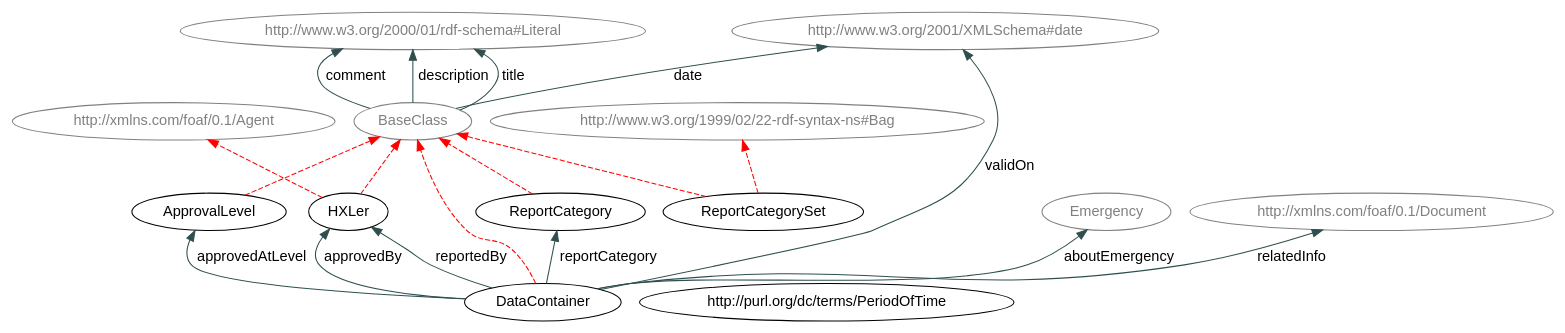
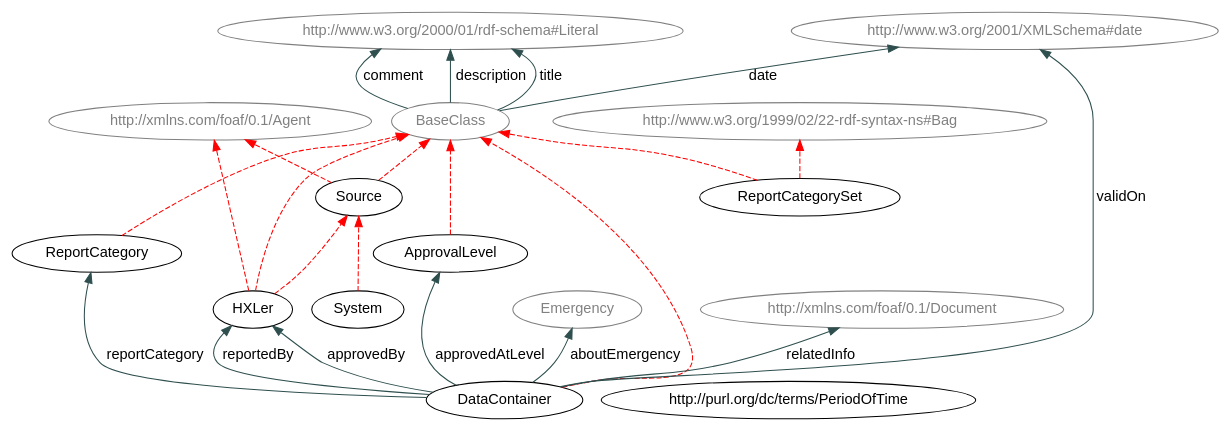
The diagram in Tools/metadataSection.dot (hxl-team/HXL-Vocab), drawn with Graphviz before and after one commit. The commit also changed 25 other files, not shown here.

Commit message:
Classes hxl:Source and hxl:System added

```diff
--- a/Tools/metadataSection.dot
+++ b/Tools/metadataSection.dot
@@ -1,51 +1,59 @@
 digraph { 
  rankdir="BT";	
  charset="utf-8";
  overlap=false;
  edge [color=darkslategray];
  edge [fontname=Helvetica];
  node [fontname=Helvetica];
 
 "ApprovalLevel" [ URL = "./#ApprovalLevel"] ;
 		"BaseClass" [ URL = "./#ApprovalLevel" color="gray" fontcolor="gray"] ;
 				"ApprovalLevel" -> "BaseClass" [ color=red style="dashed" ]; 
 			"DataContainer" [ URL = "./#DataContainer"] ;
 		"BaseClass" [ URL = "./#DataContainer" color="gray" fontcolor="gray"] ;
 				"DataContainer" -> "BaseClass" [ color=red style="dashed" ]; 
 			"HXLer" [ URL = "./#HXLer"] ;
 		"http://xmlns.com/foaf/0.1/Agent" [ URL = "./#HXLer" color="gray" fontcolor="gray"] ;
 				"HXLer" -> "http://xmlns.com/foaf/0.1/Agent" [ color=red style="dashed" ]; 
 			"BaseClass" [ URL = "./#HXLer" color="gray" fontcolor="gray"] ;
 				"HXLer" -> "BaseClass" [ color=red style="dashed" ]; 
+			"HXLer" -> "Source" [ color=red style="dashed" ]; 
 			"ReportCategory" [ URL = "./#ReportCategory"] ;
 		"BaseClass" [ URL = "./#ReportCategory" color="gray" fontcolor="gray"] ;
 				"ReportCategory" -> "BaseClass" [ color=red style="dashed" ]; 
 			"ReportCategorySet" [ URL = "./#ReportCategorySet"] ;
 		"BaseClass" [ URL = "./#ReportCategorySet" color="gray" fontcolor="gray"] ;
 				"ReportCategorySet" -> "BaseClass" [ color=red style="dashed" ]; 
 			"http://www.w3.org/1999/02/22-rdf-syntax-ns#Bag" [ URL = "./#ReportCategorySet" color="gray" fontcolor="gray"] ;
 				"ReportCategorySet" -> "http://www.w3.org/1999/02/22-rdf-syntax-ns#Bag" [ color=red style="dashed" ]; 
+			"Source" [ URL = "./#Source"] ;
+		"http://xmlns.com/foaf/0.1/Agent" [ URL = "./#Source" color="gray" fontcolor="gray"] ;
+				"Source" -> "http://xmlns.com/foaf/0.1/Agent" [ color=red style="dashed" ]; 
+			"BaseClass" [ URL = "./#Source" color="gray" fontcolor="gray"] ;
+				"Source" -> "BaseClass" [ color=red style="dashed" ]; 
+			"System" [ URL = "./#System"] ;
+		"System" -> "Source" [ color=red style="dashed" ]; 
 			"http://purl.org/dc/terms/PeriodOfTime" [ URL = "./#http://purl.org/dc/terms/PeriodOfTime"] ;
 		"Emergency" [ URL = "./#Emergency" color="gray" fontcolor="gray"] ;
 					"DataContainer" -> "Emergency" [ label="aboutEmergency" URL = "./#aboutEmergency"]; 
 				"DataContainer" -> "ApprovalLevel" [ label="approvedAtLevel" URL = "./#approvedAtLevel"]; 
 				"DataContainer" -> "HXLer" [ label="approvedBy" URL = "./#approvedBy"]; 
 				"BaseClass" [ URL = "./#BaseClass" color="gray" fontcolor="gray"] ;
 				"http://www.w3.org/2000/01/rdf-schema#Literal" [ URL = "./#http://www.w3.org/2000/01/rdf-schema#Literal" color="gray" fontcolor="gray"] ;
 					"BaseClass" -> "http://www.w3.org/2000/01/rdf-schema#Literal" [ label="comment" URL = "./#comment"]; 
 				"BaseClass" [ URL = "./#BaseClass" color="gray" fontcolor="gray"] ;
 				"http://www.w3.org/2001/XMLSchema#date" [ URL = "./#http://www.w3.org/2001/XMLSchema#date" color="gray" fontcolor="gray"] ;
 					"BaseClass" -> "http://www.w3.org/2001/XMLSchema#date" [ label="date" URL = "./#date"]; 
 				"BaseClass" [ URL = "./#BaseClass" color="gray" fontcolor="gray"] ;
 				"http://www.w3.org/2000/01/rdf-schema#Literal" [ URL = "./#http://www.w3.org/2000/01/rdf-schema#Literal" color="gray" fontcolor="gray"] ;
 					"BaseClass" -> "http://www.w3.org/2000/01/rdf-schema#Literal" [ label="description" URL = "./#description"]; 
 				"http://xmlns.com/foaf/0.1/Document" [ URL = "./#http://xmlns.com/foaf/0.1/Document" color="gray" fontcolor="gray"] ;
 					"DataContainer" -> "http://xmlns.com/foaf/0.1/Document" [ label="relatedInfo" URL = "./#relatedInfo"]; 
 				"DataContainer" -> "ReportCategory" [ label="reportCategory" URL = "./#reportCategory"]; 
 				"DataContainer" -> "HXLer" [ label="reportedBy" URL = "./#reportedBy"]; 
 				"BaseClass" [ URL = "./#BaseClass" color="gray" fontcolor="gray"] ;
 				"http://www.w3.org/2000/01/rdf-schema#Literal" [ URL = "./#http://www.w3.org/2000/01/rdf-schema#Literal" color="gray" fontcolor="gray"] ;
 					"BaseClass" -> "http://www.w3.org/2000/01/rdf-schema#Literal" [ label="title" URL = "./#title"]; 
 				"http://www.w3.org/2001/XMLSchema#date" [ URL = "./#http://www.w3.org/2001/XMLSchema#date" color="gray" fontcolor="gray"] ;
 					"DataContainer" -> "http://www.w3.org/2001/XMLSchema#date" [ label="validOn" URL = "./#validOn"]; 
 				}
```
